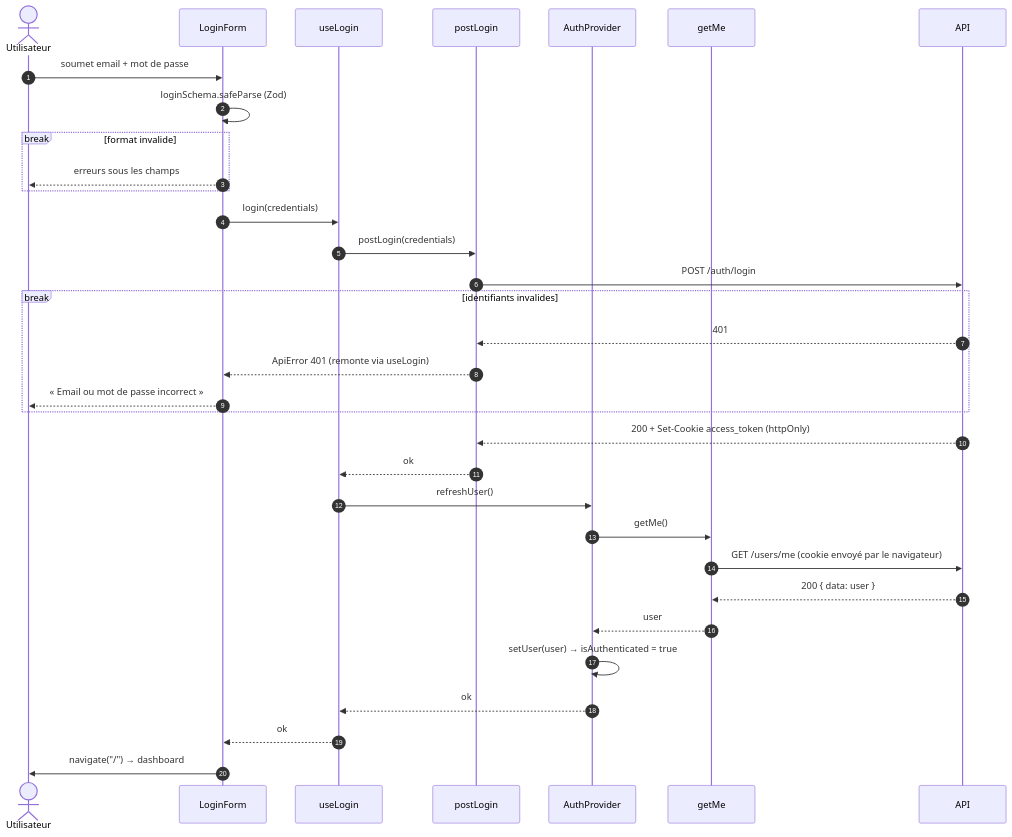
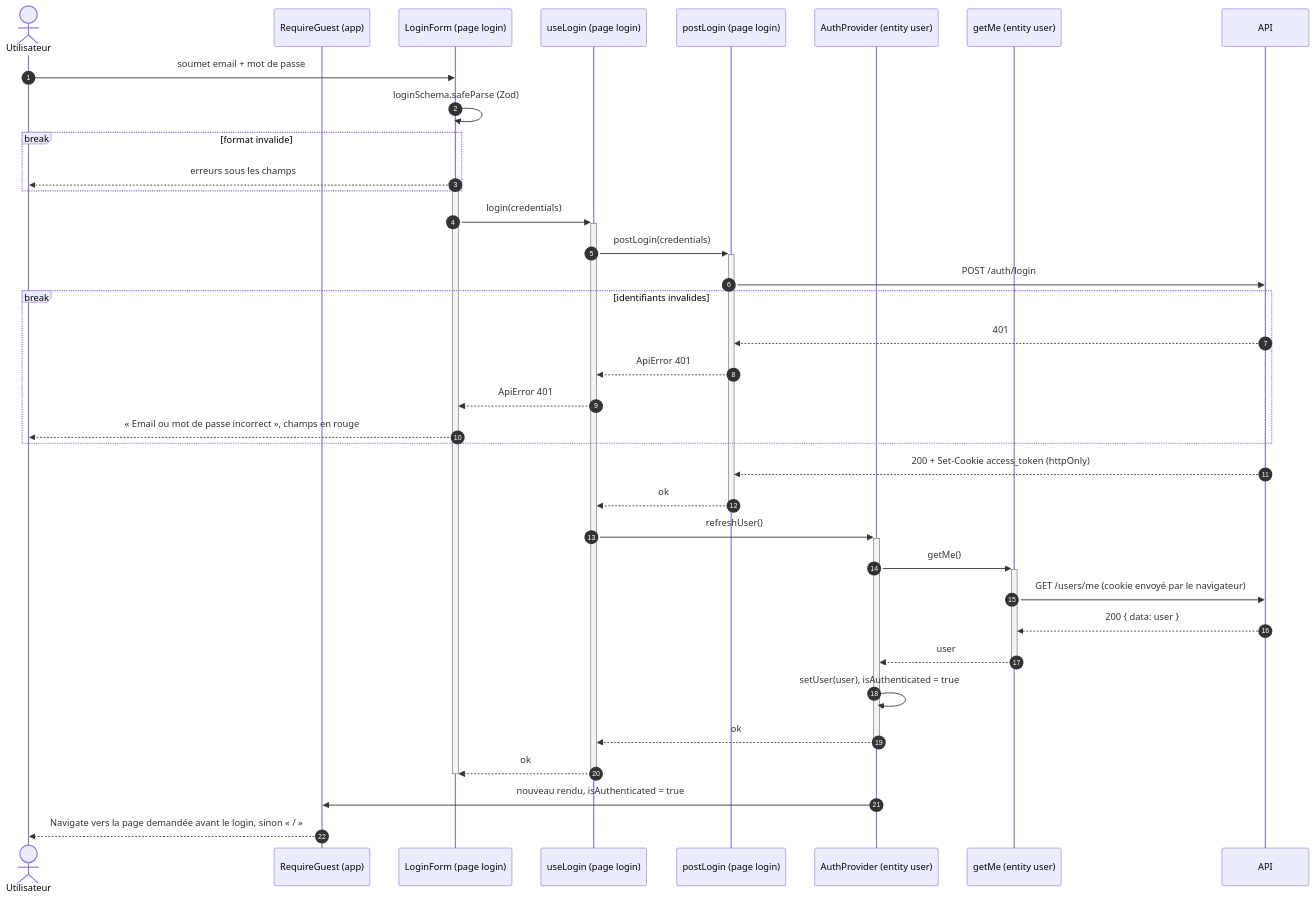
Before and after one commit to SIMPLON-DIST-CDA-260316/zythologue_julien_lemarchand: the diagram in apps/client/docs/diagrams/login-sequence.md, drawn with Mermaid. The commit also changed other lines of this file and 6 other files, not shown here.

First line of the commit message:
docs(client): diagrammes de séquence client (#65)

````diff
--- a/apps/client/docs/diagrams/login-sequence.md
+++ b/apps/client/docs/diagrams/login-sequence.md
@@ -14,41 +15,47 @@
 ```mermaid
 sequenceDiagram
     autonumber
     actor U as Utilisateur
-    participant F as LoginForm
-    participant HL as useLogin
-    participant AL as postLogin
-    participant P as AuthProvider
-    participant GM as getMe
+    participant G as RequireGuest (app)
+    participant F as LoginForm (page login)
+    participant HL as useLogin (page login)
+    participant AL as postLogin (page login)
+    participant P as AuthProvider (entity user)
+    participant GM as getMe (entity user)
     participant API as API
 
     U->>F: soumet email + mot de passe
     F->>F: loginSchema.safeParse (Zod)
 
     break format invalide
         F-->>U: erreurs sous les champs
     end
 
-    F->>HL: login(credentials)
-    HL->>AL: postLogin(credentials)
+    activate F
+    F->>+HL: login(credentials)
+    HL->>+AL: postLogin(credentials)
     AL->>API: POST /auth/login
 
     break identifiants invalides
         API-->>AL: 401
-        AL-->>F: ApiError 401 (remonte via useLogin)
-        F-->>U: « Email ou mot de passe incorrect »
+        AL-->>HL: ApiError 401
+        HL-->>F: ApiError 401
+        F-->>U: « Email ou mot de passe incorrect », champs en rouge
     end
 
     API-->>AL: 200 + Set-Cookie access_token (httpOnly)
-    AL-->>HL: ok
+    AL-->>-HL: ok
 
-    HL->>P: refreshUser()
-    P->>GM: getMe()
+    HL->>+P: refreshUser()
+    P->>+GM: getMe()
     GM->>API: GET /users/me (cookie envoyé par le navigateur)
     API-->>GM: 200 { data: user }
-    GM-->>P: user
-    P->>P: setUser(user) → isAuthenticated = true
-    P-->>HL: ok
-    HL-->>F: ok
-    F->>U: navigate("/") → dashboard
+    GM-->>-P: user
+    P->>P: setUser(user), isAuthenticated = true
+    P-->>-HL: ok
+    HL-->>-F: ok
+    deactivate F
+
+    P->>G: nouveau rendu, isAuthenticated = true
+    G-->>U: Navigate vers la page demandée avant le login, sinon « / »
 ```
````
